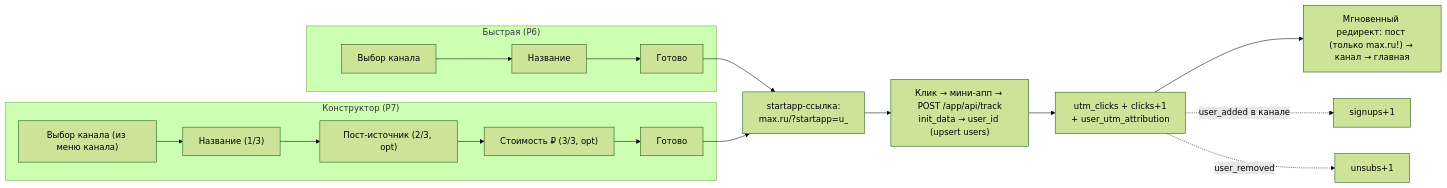
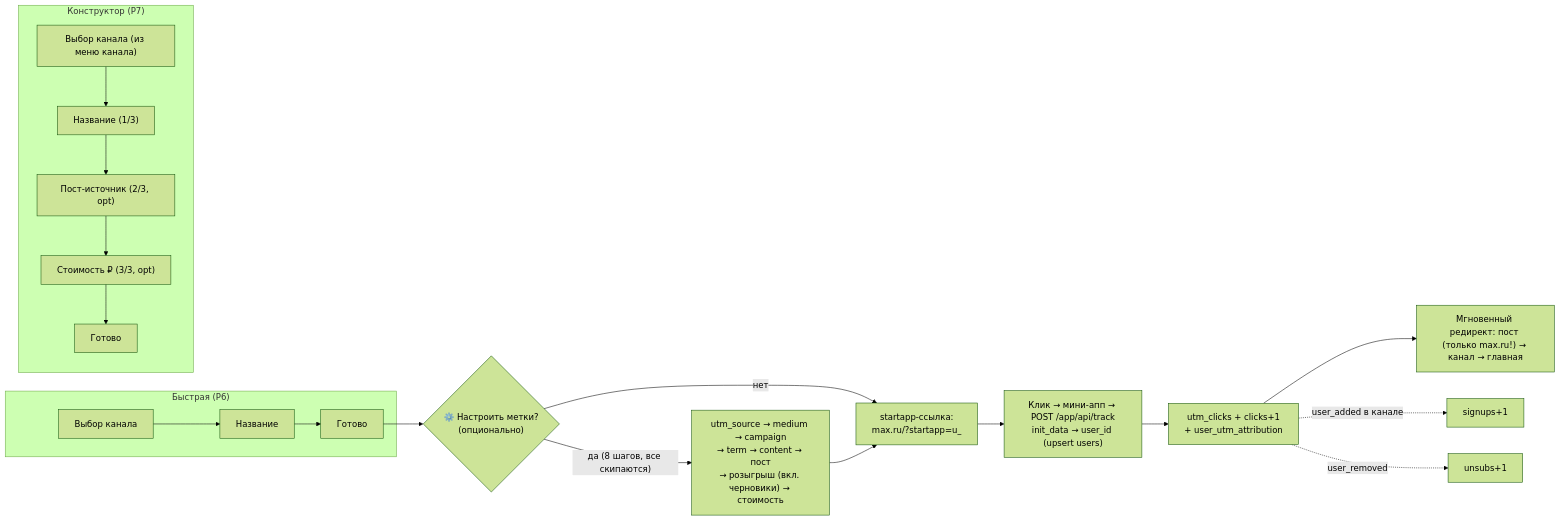
The fourth of 4 diagrams in bot-architecture/flows.md (Mezhbert/max-randobot), drawn with Mermaid (forest theme) before and after one commit. The commit also changed other lines of this file and 11 other files, not shown here.

First line of the commit message:
feat: трекинг-билдер (UTM-метки, розыгрыш, стоимость) + retention подписчиков + чистая выдача

````diff
--- a/bot-architecture/flows.md
+++ b/bot-architecture/flows.md
@@ -87,15 +87,17 @@
 ```mermaid
 flowchart LR
     subgraph QUICK["Быстрая (P6)"]
         q1["Выбор канала"] --> q2["Название"] --> q3["Готово"]
     end
     subgraph BUILD["Конструктор (P7)"]
         b1["Выбор канала (из меню канала)"] --> b2["Название (1/3)"] --> b3["Пост-источник (2/3, opt)"] --> b4["Стоимость ₽ (3/3, opt)"] --> b5["Готово"]
     end
-    q3 & b5 --> L["startapp-ссылка:<br/>max.ru/<bot>?startapp=u_<code>"]
+    q3 --> BQ{"⚙️ Настроить метки?<br/>(опционально)"}
+    BQ -- "нет" --> L["startapp-ссылка:<br/>max.ru/<bot>?startapp=u_<code>"]
+    BQ -- "да (8 шагов, все скипаются)" --> BS["utm_source → medium → campaign<br/>→ term → content → пост<br/>→ розыгрыш (вкл. черновики) → стоимость"] --> L
     L --> TR["Клик → мини-апп → POST /app/api/track<br/>init_data → user_id (upsert users)"]
     TR --> C["utm_clicks + clicks+1<br/>+ user_utm_attribution"]
     C --> RD["Мгновенный редирект: пост (только max.ru!) → канал → главная"]
     C -.->|"user_added в канале"| SG["signups+1"]
     C -.->|"user_removed"| UN["unsubs+1"]
 ```
````
